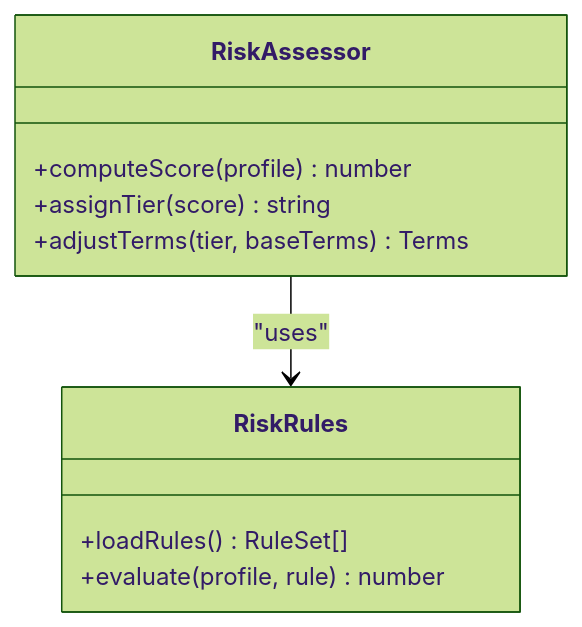
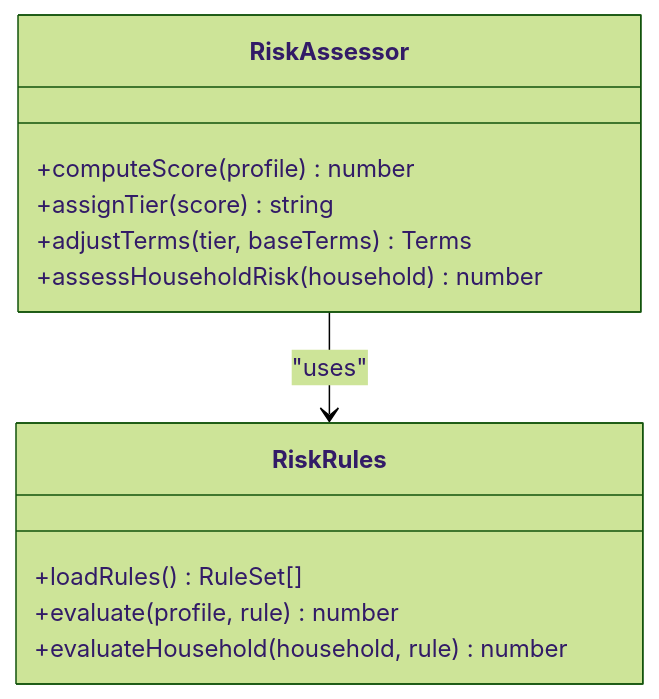
The ninth of 13 diagrams in .qoder/repowiki/en/content/Loan Engine/Loan Engine.md (alibaba-hackathon-fsi/frontend-vaya), drawn with Mermaid (forest theme) before and after one commit. The commit also changed other lines of this file and 77 other files, not shown here.

````diff
--- a/.qoder/repowiki/en/content/Loan Engine/Loan Engine.md
+++ b/.qoder/repowiki/en/content/Loan Engine/Loan Engine.md
@@ -220,13 +390,15 @@
 ```mermaid
 classDiagram
 class RiskAssessor {
 +computeScore(profile) number
 +assignTier(score) string
 +adjustTerms(tier, baseTerms) Terms
++assessHouseholdRisk(household) number
 }
 class RiskRules {
 +loadRules() RuleSet[]
 +evaluate(profile, rule) number
++evaluateHousehold(household, rule) number
 }
 RiskAssessor --> RiskRules : "uses"
 ```
````
